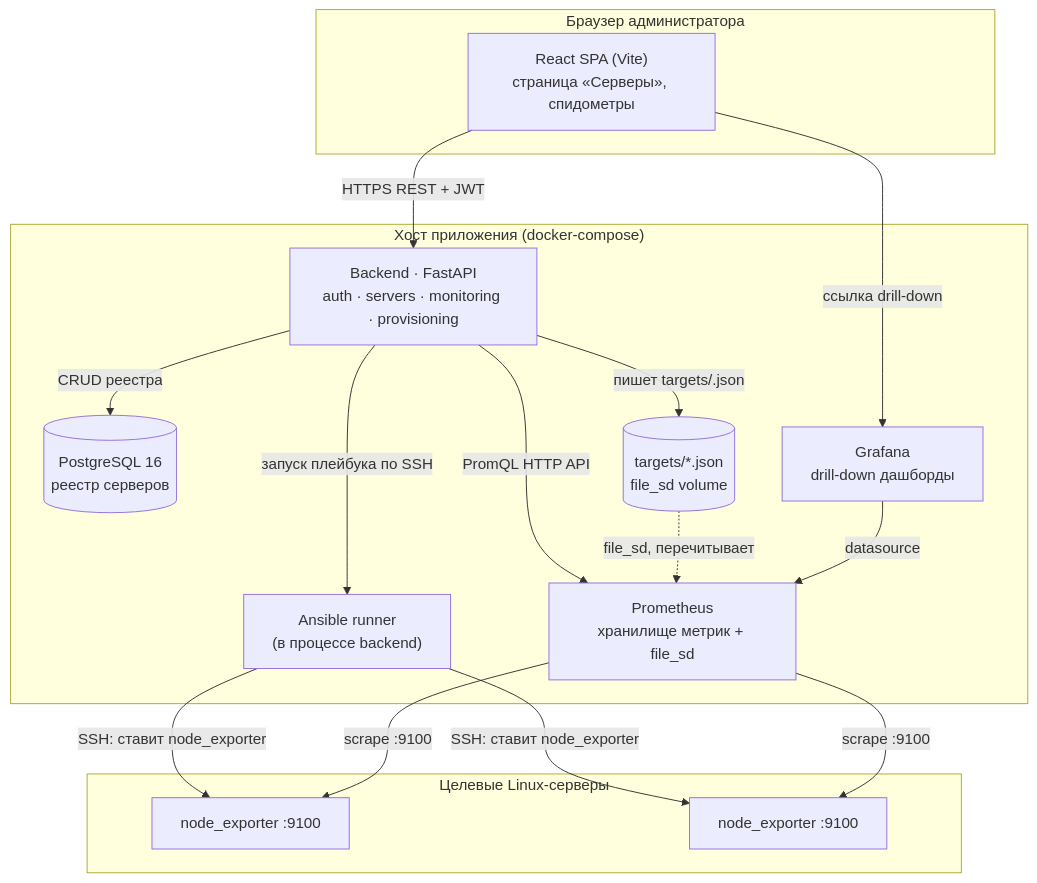
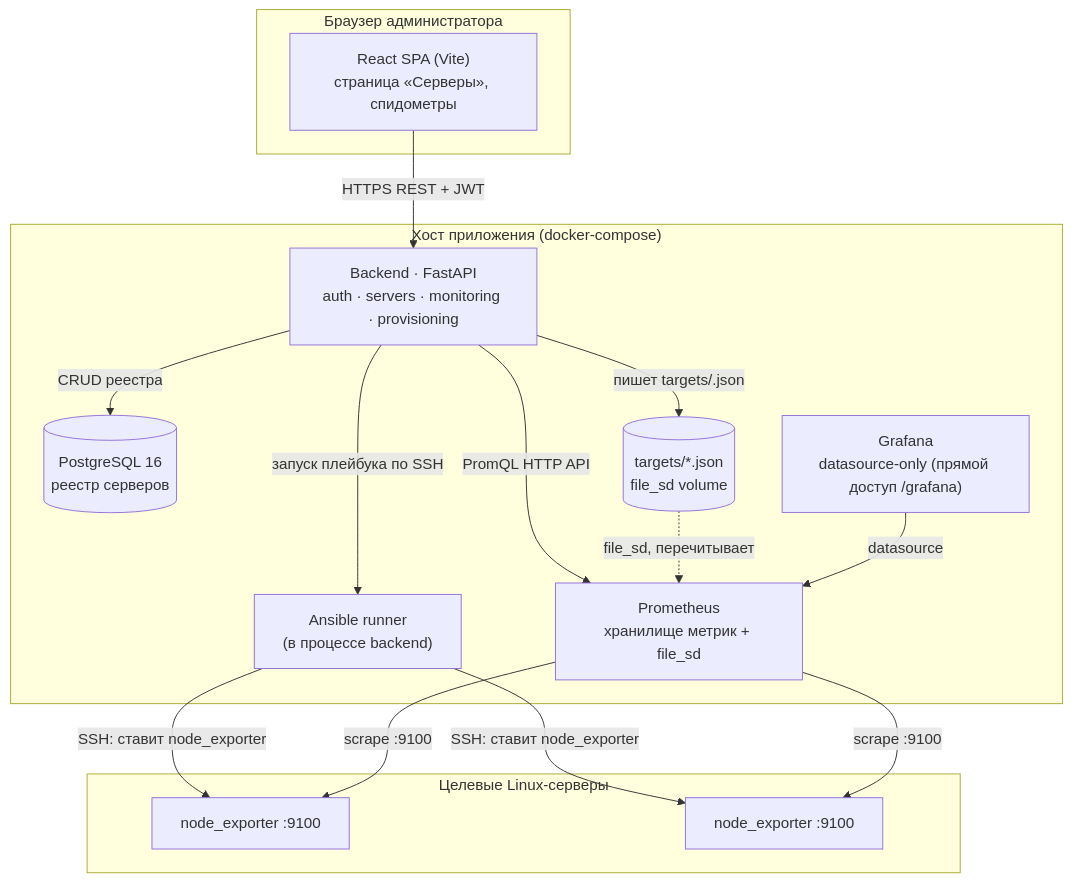
The first of 6 diagrams in docs/01-architecture.md (eliseiv/broad-crm), drawn with Mermaid before and after one commit. The commit also changed other lines of this file and 76 other files, not shown here.

First line of the commit message:
feat: Telegram-нотификатор серверов, страница «ИИ - ключи» с мониторингом ключей, удаление Grafana drill-down

````diff
--- a/docs/01-architecture.md
+++ b/docs/01-architecture.md
@@ -11,33 +11,32 @@
 ```mermaid
 flowchart TB
     subgraph Client["Браузер администратора"]
         UI["React SPA (Vite)<br/>страница «Серверы», спидометры"]
     end
 
     subgraph App["Хост приложения (docker-compose)"]
         API["Backend · FastAPI<br/>auth · servers · monitoring · provisioning"]
         DB[("PostgreSQL 16<br/>реестр серверов")]
         PROM["Prometheus<br/>хранилище метрик + file_sd"]
-        GRAF["Grafana<br/>drill-down дашборды"]
+        GRAF["Grafana<br/>datasource-only (прямой доступ /grafana)"]
         ANS["Ansible runner<br/>(в процессе backend)"]
         SD[("targets/*.json<br/>file_sd volume")]
     end
 
     subgraph Targets["Целевые Linux-серверы"]
         NE1["node_exporter :9100"]
         NE2["node_exporter :9100"]
     end
 
     UI -->|"HTTPS REST + JWT"| API
-    UI -->|"ссылка drill-down"| GRAF
     API -->|"CRUD реестра"| DB
     API -->|"PromQL HTTP API"| PROM
     API -->|"пишет targets/<id>.json"| SD
     API -->|"запуск плейбука по SSH"| ANS
     ANS -->|"SSH: ставит node_exporter"| NE1
     ANS -->|"SSH: ставит node_exporter"| NE2
     SD -.->|"file_sd, перечитывает"| PROM
     PROM -->|"scrape :9100"| NE1
     PROM -->|"scrape :9100"| NE2
     GRAF -->|"datasource"| PROM
 ```
````
